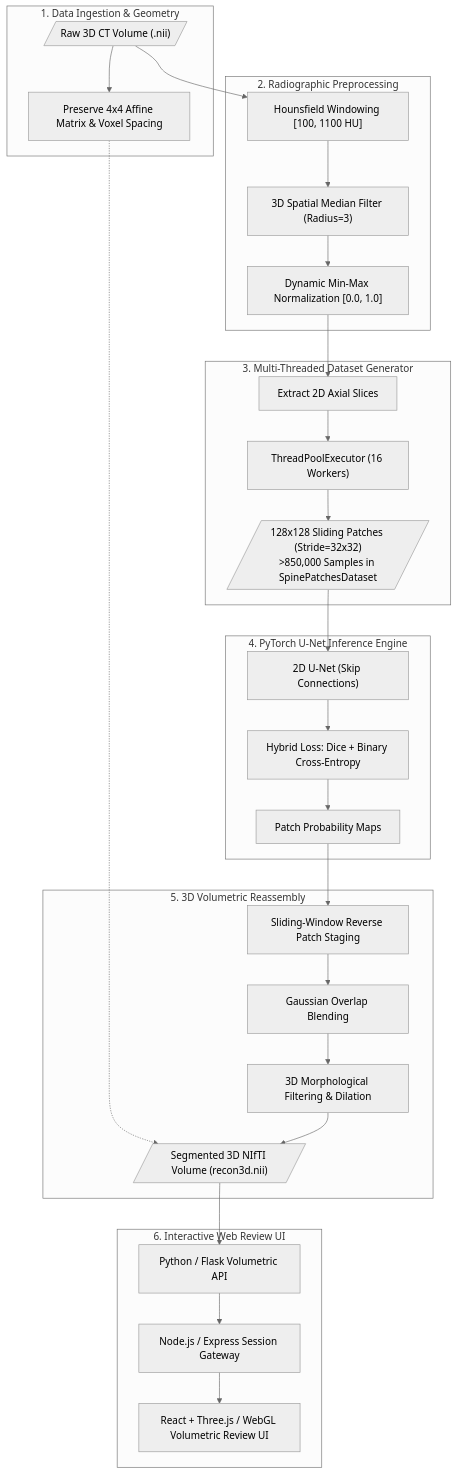
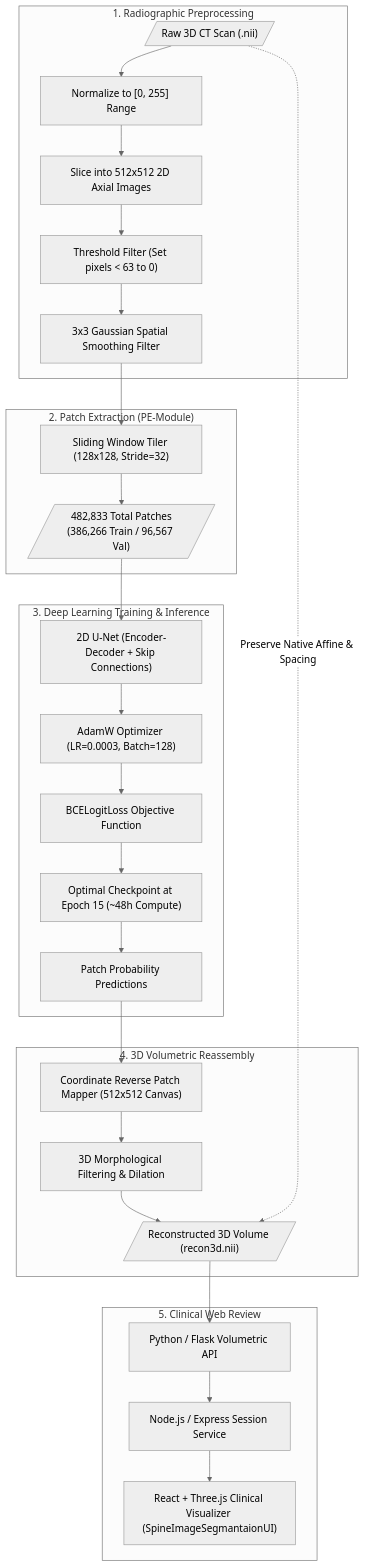
One commit to Nawaz393/spine-vertebrae-segmentation-architecture changed the diagram in README.md. Above: the diagram before and after it, drawn with Mermaid (neutral theme). The commit also changed other lines of this file and 11 other files, not shown here.

````diff
--- a/README.md
+++ b/README.md
@@ -45,38 +76,35 @@
 ```mermaid
 flowchart TB
-    subgraph Step1 ["1. Data Ingestion & Geometry"]
-        RAW[/"Raw 3D CT Volume (.nii)"/] --> AFFINE["Preserve 4x4 Affine Matrix & Voxel Spacing"]
+    subgraph Step1 ["1. Radiographic Preprocessing"]
+        RAW[/"Raw 3D CT Scan (.nii)"/] --> NORM["Normalize to [0, 255] Range"]
+        NORM --> SLICE["Slice into 512x512 2D Axial Images"]
+        SLICE --> THRESH["Threshold Filter (Set pixels < 63 to 0)"]
+        THRESH --> GAUSS["3x3 Gaussian Spatial Smoothing Filter"]
     end
 
-    subgraph Step2 ["2. Radiographic Preprocessing"]
-        RAW --> HU["Hounsfield Windowing [100, 1100 HU]"]
-        HU --> MEDIAN["3D Spatial Median Filter (Radius=3)"]
-        MEDIAN --> NORM["Dynamic Min-Max Normalization [0.0, 1.0]"]
+    subgraph Step2 ["2. Patch Extraction (PE-Module)"]
+        GAUSS --> PE["Sliding Window Tiler (128x128, Stride=32)"]
+        PE --> DATASET[/"482,833 Total Patches<br/>(386,266 Train / 96,567 Val)"/]
     end
 
-    subgraph Step3 ["3. Multi-Threaded Dataset Generator"]
-        NORM --> SLICES["Extract 2D Axial Slices"]
-        SLICES --> POOL["ThreadPoolExecutor (16 Workers)"]
-        POOL --> TILES[/"128x128 Sliding Patches (Stride=32x32)<br/>>850,000 Samples in SpinePatchesDataset"/]
+    subgraph Step3 ["3. Deep Learning Training & Inference"]
+        DATASET --> UNET["2D U-Net (Encoder-Decoder + Skip Connections)"]
+        UNET --> OPTIM["AdamW Optimizer (LR=0.0003, Batch=128)"]
+        OPTIM --> LOSS["BCELogitLoss Objective Function"]
+        LOSS --> CHECKPOINT["Optimal Checkpoint at Epoch 15 (~48h Compute)"]
+        CHECKPOINT --> INFER["Patch Probability Predictions"]
     end
 
-    subgraph Step4 ["4. PyTorch U-Net Inference Engine"]
-        TILES --> UNET["2D U-Net (Skip Connections)"]
-        UNET --> LOSS["Hybrid Loss: Dice + Binary Cross-Entropy"]
-        LOSS --> PREDS["Patch Probability Maps"]
+    subgraph Step4 ["4. 3D Volumetric Reassembly"]
+        INFER --> STITCH["Coordinate Reverse Patch Mapper (512x512 Canvas)"]
+        STITCH --> MORPH["3D Morphological Filtering & Dilation"]
+        MORPH --> RECON[/"Reconstructed 3D Volume (recon3d.nii)"/]
+        RAW -.->|"Preserve Native Affine & Spacing"| RECON
     end
 
-    subgraph Step5 ["5. 3D Volumetric Reassembly"]
-        PREDS --> STITCH["Sliding-Window Reverse Patch Staging"]
-        STITCH --> GAUSS["Gaussian Overlap Blending"]
-        GAUSS --> MORPH["3D Morphological Filtering & Dilation"]
-        AFFINE -.-> NIFTI_OUT[/"Segmented 3D NIfTI Volume (recon3d.nii)"/]
-        MORPH --> NIFTI_OUT
-    end
-
-    subgraph Step6 ["6. Interactive Web Review UI"]
-        NIFTI_OUT --> FLASK["Python / Flask Volumetric API"]
-        FLASK --> NODE["Node.js / Express Session Gateway"]
-        NODE --> REACT["React + Three.js / WebGL Volumetric Review UI"]
+    subgraph Step5 ["5. Clinical Web Review"]
+        RECON --> FLASK["Python / Flask Volumetric API"]
+        FLASK --> NODE["Node.js / Express Session Service"]
+        NODE --> REACT["React + Three.js Clinical Visualizer (SpineImageSegmantaionUI)"]
     end
 ```
````
